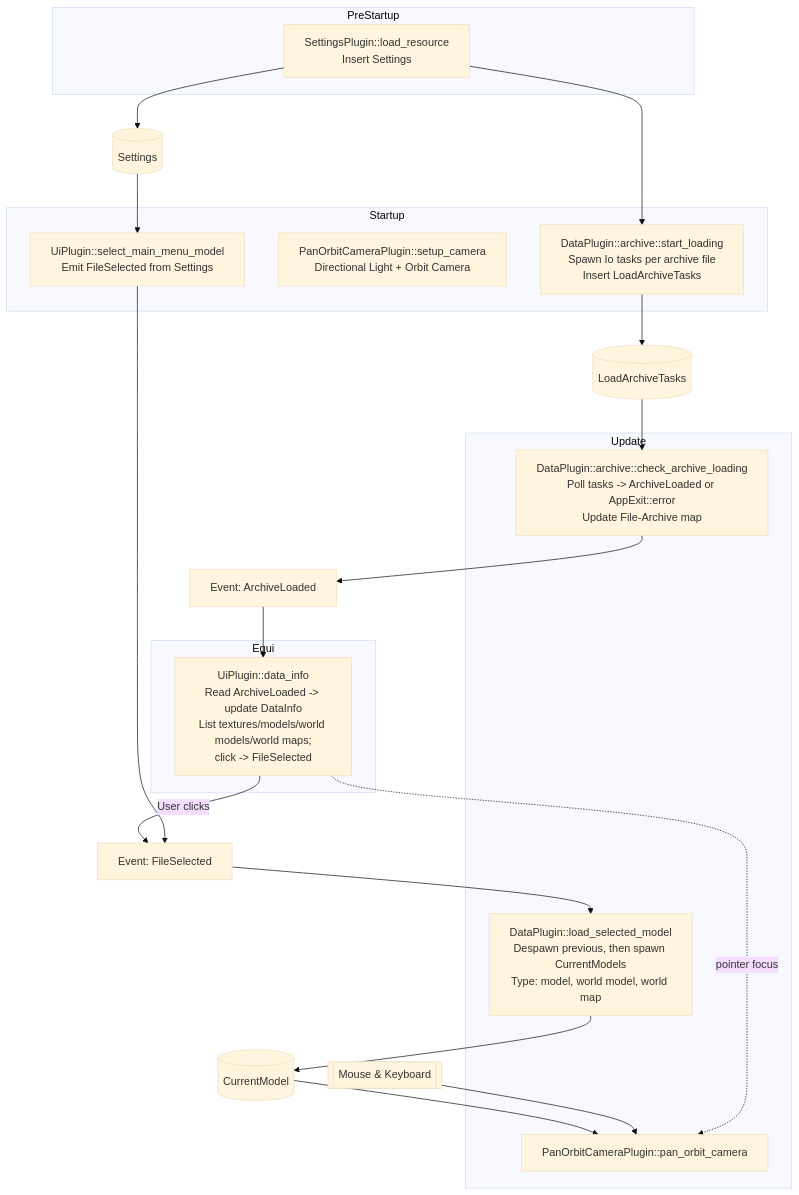
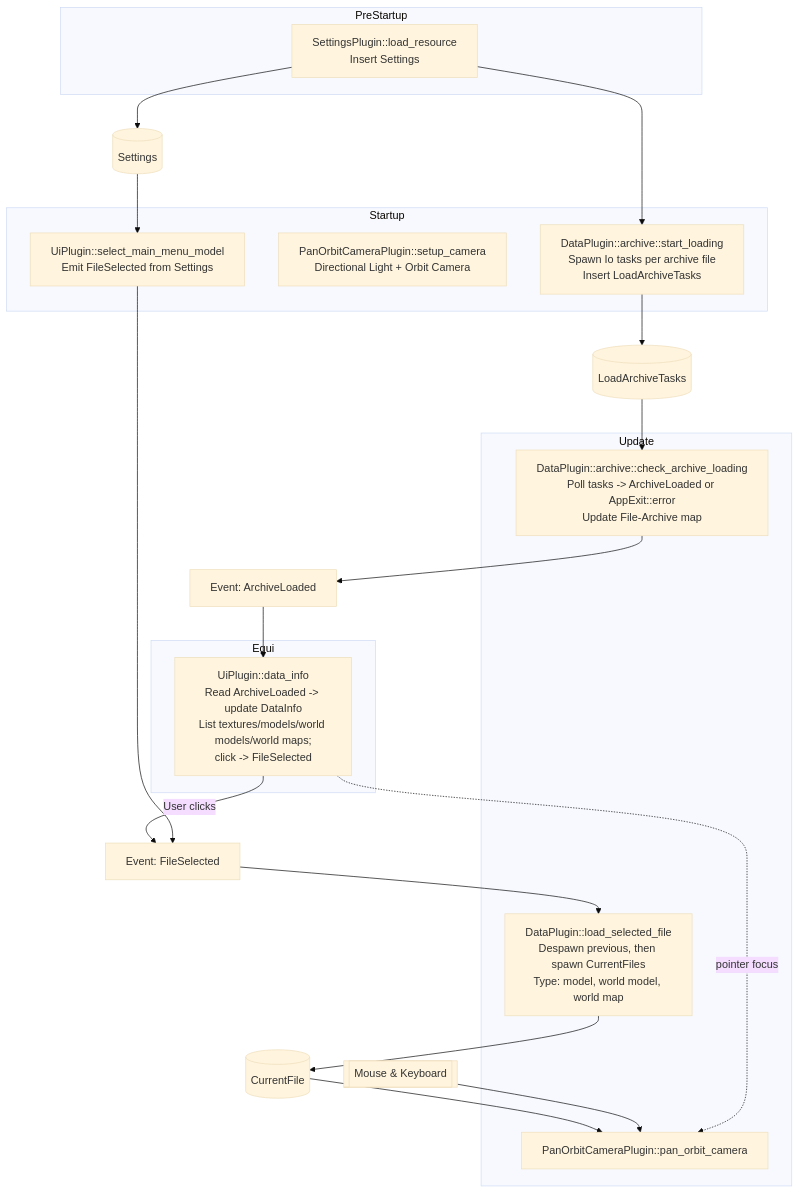
One commit to nocthir/worgen-rs changed the diagram in ARCHITECTURE.md. Above: the diagram before and after it, drawn with Mermaid (base theme). The commit also changed other lines of this file and 2 other files, not shown here.

Commit message:
file: Unload previous selected file

````diff
--- a/ARCHITECTURE.md
+++ b/ARCHITECTURE.md
@@ -58,38 +58,38 @@
 ```mermaid
 flowchart TD
     subgraph PreStartup
         A[SettingsPlugin::load_resource<br/>Insert Settings]
     end
 
     subgraph Startup
         B[DataPlugin::archive::start_loading<br/>Spawn Io tasks per archive file<br/>Insert LoadArchiveTasks]
         C[PanOrbitCameraPlugin::setup_camera<br/>Directional Light + Orbit Camera]
         E[UiPlugin::select_main_menu_model<br/>Emit FileSelected from Settings]
     end
 
     A --> ST[(Settings)]
     B --> LT[(LoadArchiveTasks)]
     A --> B
     ST --> E
 
     subgraph Update
         D[DataPlugin::archive::check_archive_loading<br/>Poll tasks -> ArchiveLoaded or AppExit::error<br/>Update File-Archive map]
-        F[DataPlugin::load_selected_model<br/>Despawn previous, then spawn CurrentModels<br/>Type: model, world model, world map]
+        F[DataPlugin::load_selected_file<br/>Despawn previous, then spawn CurrentFiles<br/>Type: model, world model, world map]
         G[PanOrbitCameraPlugin::pan_orbit_camera]
     end
 
     subgraph Egui
         H[UiPlugin::data_info<br/>Read ArchiveLoaded -> update DataInfo<br/>List textures/models/world models/world maps;<br/>click -> FileSelected]
     end
 
     D --> AL[Event: ArchiveLoaded]
     LT --> D
     AL --> H
     H -->|User clicks| MS[Event: FileSelected]
     E --> MS
     MS --> F
-    F --> CM[(CurrentModel)]
+    F --> CM[(CurrentFile)]
     CM --> G
     Input[[Mouse & Keyboard]] --> G
     H -. pointer focus .-> G
 ```
````
